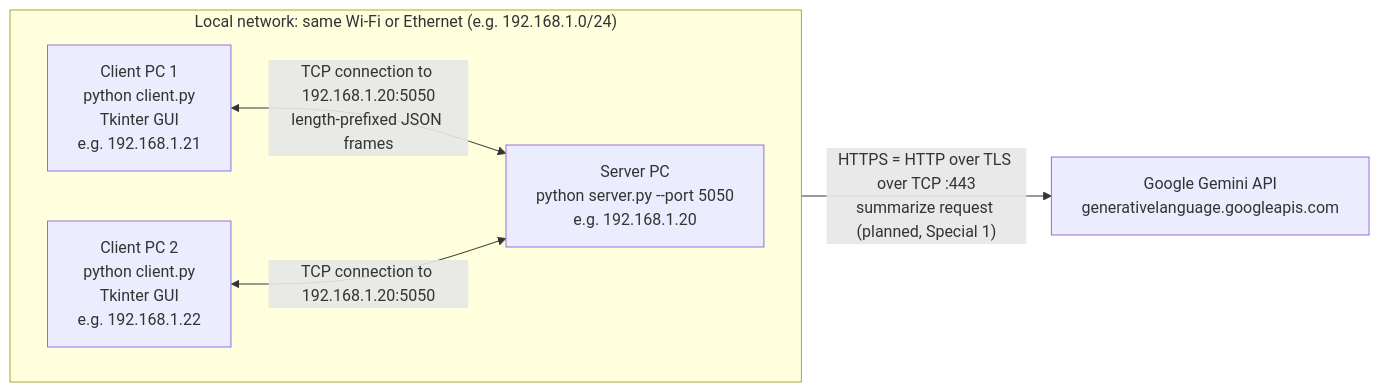
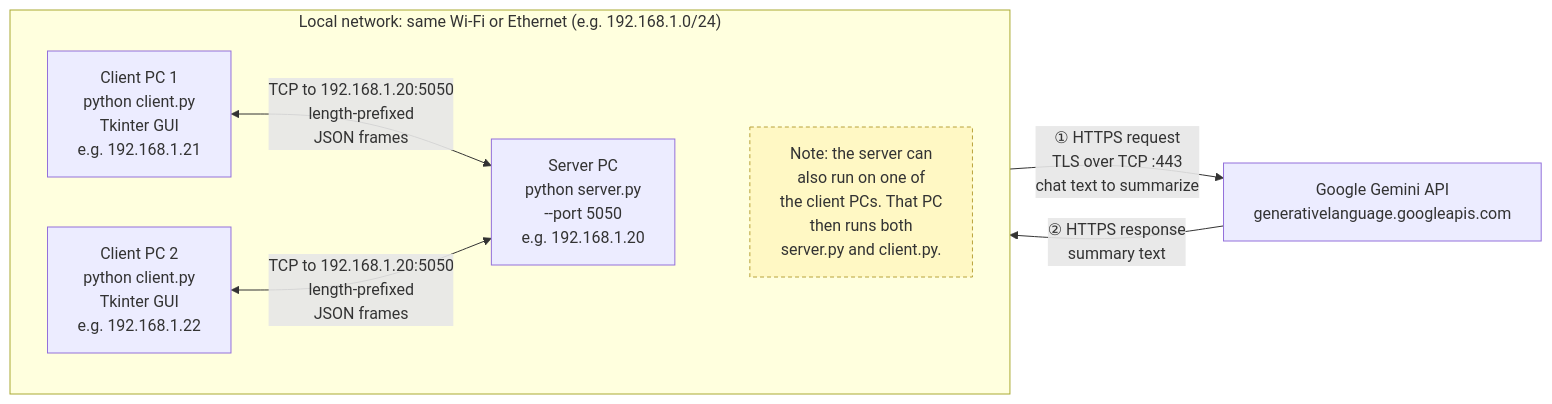
The first of 5 diagrams in docs/ARCHITECTURE.md (TanakritEuro/comnet-socket-chat), drawn with Mermaid before and after one commit. The commit also changed other lines of this file and 8 other files, not shown here.

First line of the commit message:
docs: clearer R1 diagrams (cross-thread send, group sequence, 2x render)

````diff
--- a/docs/ARCHITECTURE.md
+++ b/docs/ARCHITECTURE.md
@@ -15,13 +15,18 @@
 ```mermaid
 flowchart LR
     subgraph LAN["Local network: same Wi-Fi or Ethernet (e.g. 192.168.1.0/24)"]
         direction LR
         A["Client PC 1<br/>python client.py<br/>Tkinter GUI<br/>e.g. 192.168.1.21"]
         B["Client PC 2<br/>python client.py<br/>Tkinter GUI<br/>e.g. 192.168.1.22"]
-        S["Server PC<br/>python server.py --port 5050<br/>e.g. 192.168.1.20"]
-        A <-->|"TCP connection to 192.168.1.20:5050<br/>length-prefixed JSON frames"| S
-        B <-->|"TCP connection to 192.168.1.20:5050"| S
+        S["Server PC<br/>python server.py<br/>--port 5050<br/>e.g. 192.168.1.20"]
+        N["Note: the server can<br/>also run on one of<br/>the client PCs. That PC<br/>then runs both<br/>server.py and client.py."]
+        A <-->|"TCP to 192.168.1.20:5050<br/>length-prefixed<br/>JSON frames"| S
+        B <-->|"TCP to 192.168.1.20:5050<br/>length-prefixed<br/>JSON frames"| S
+        S ~~~ N
     end
     G["Google Gemini API<br/>generativelanguage.googleapis.com"]
-    S -->|"HTTPS = HTTP over TLS over TCP :443<br/>summarize request (planned, Special 1)"| G
+    S -->|"① HTTPS request<br/>TLS over TCP :443<br/>chat text to summarize"| G
+    G -->|"② HTTPS response<br/>summary text"| S
+    classDef note fill:#fff8c4,stroke:#b8a23a,stroke-dasharray:4 3,color:#333
+    class N note
 ```
````
